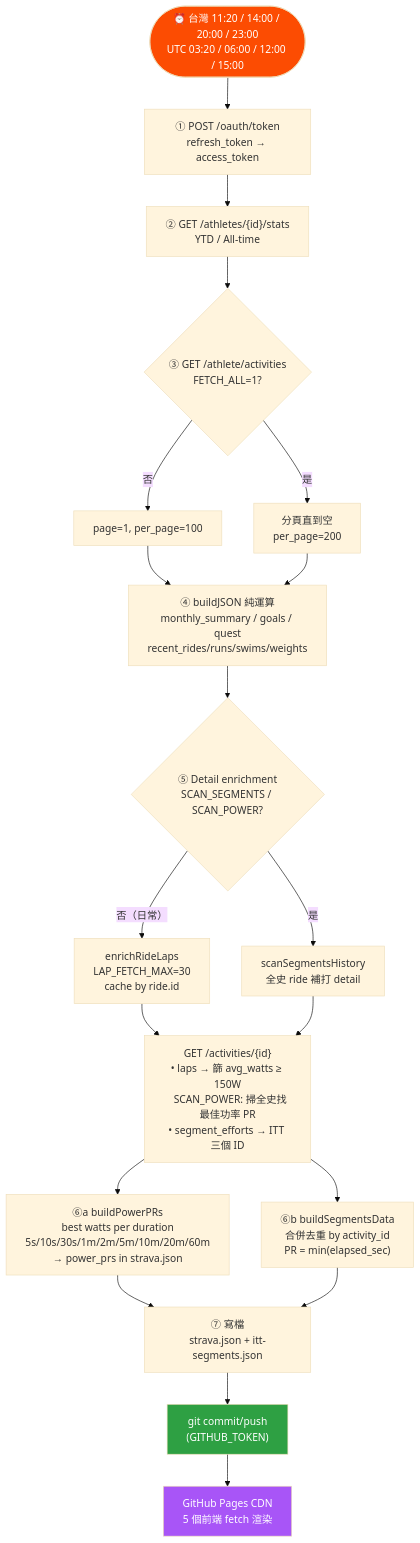
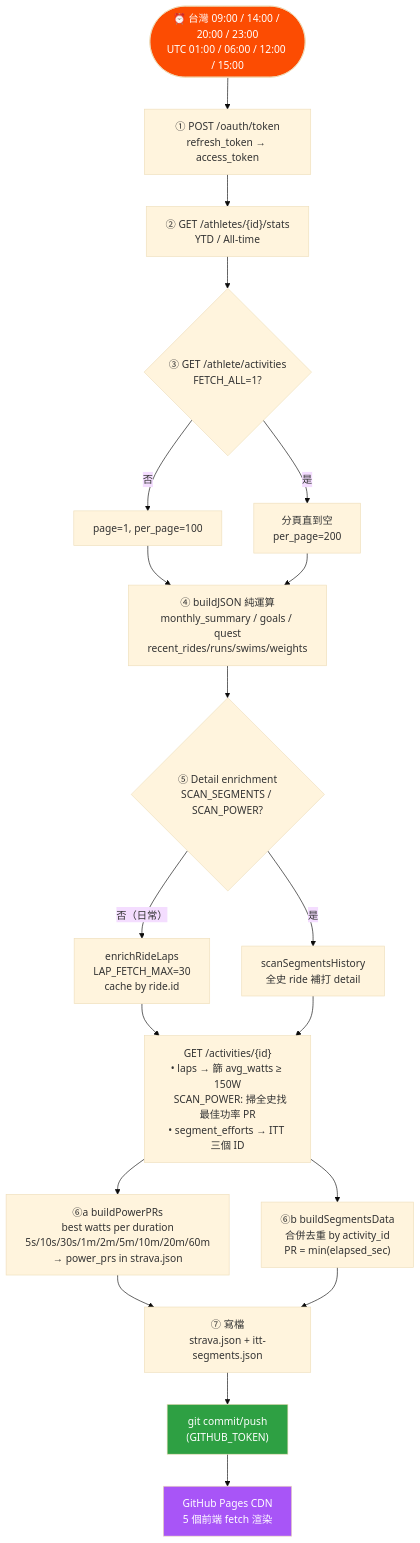
Before and after one commit to n1025819/sport_martin: the diagram in README.md, drawn with Mermaid (base theme). The commit also changed other lines of this file and 1 other file, not shown here.

````diff
--- a/README.md
+++ b/README.md
@@ -250,29 +250,29 @@
 ```mermaid
 flowchart TD
-  Cron(["⏰ 台灣 11:20 / 14:00 / 20:00 / 23:00<br/>UTC 03:20 / 06:00 / 12:00 / 15:00"]) --> Token
+  Cron(["⏰ 台灣 09:00 / 14:00 / 20:00 / 23:00<br/>UTC 01:00 / 06:00 / 12:00 / 15:00"]) --> Token
   Token["① POST /oauth/token<br/>refresh_token → access_token"] --> Stats
   Stats["② GET /athletes/{id}/stats<br/>YTD / All-time"] --> Acts
   Acts{"③ GET /athlete/activities<br/>FETCH_ALL=1?"}
   Acts -- 否 --> ActsR["page=1, per_page=100"]
   Acts -- 是 --> ActsA["分頁直到空<br/>per_page=200"]
   ActsR --> Build
   ActsA --> Build
   Build["④ buildJSON 純運算<br/>monthly_summary / goals / quest<br/>recent_rides/runs/swims/weights"] --> Mode
   Mode{"⑤ Detail enrichment<br/>SCAN_SEGMENTS / SCAN_POWER?"}
   Mode -- 否（日常） --> Daily["enrichRideLaps<br/>LAP_FETCH_MAX=30<br/>cache by ride.id"]
   Mode -- 是 --> Scan["scanSegmentsHistory<br/>全史 ride 補打 detail"]
   Daily --> Detail
   Scan --> Detail
   Detail["GET /activities/{id}<br/>• laps → 篩 avg_watts ≥ 150W<br/>  SCAN_POWER: 掃全史找最佳功率 PR<br/>• segment_efforts → ITT 三個 ID"]
   Detail --> Power["⑥a buildPowerPRs<br/>best watts per duration<br/>5s/10s/30s/1m/2m/5m/10m/20m/60m<br/>→ power_prs in strava.json"]
   Detail --> Segs["⑥b buildSegmentsData<br/>合併去重 by activity_id<br/>PR = min(elapsed_sec)"]
   Power --> Write
   Segs --> Write
   Write["⑦ 寫檔<br/>strava.json + itt-segments.json"]
   Write --> Push["git commit/push<br/>(GITHUB_TOKEN)"]
   Push --> Pages["GitHub Pages CDN<br/>5 個前端 fetch 渲染"]
 
   style Cron fill:#FC4C02,color:#fff
   style Push fill:#2ea043,color:#fff
   style Pages fill:#a855f7,color:#fff
 ```
````
